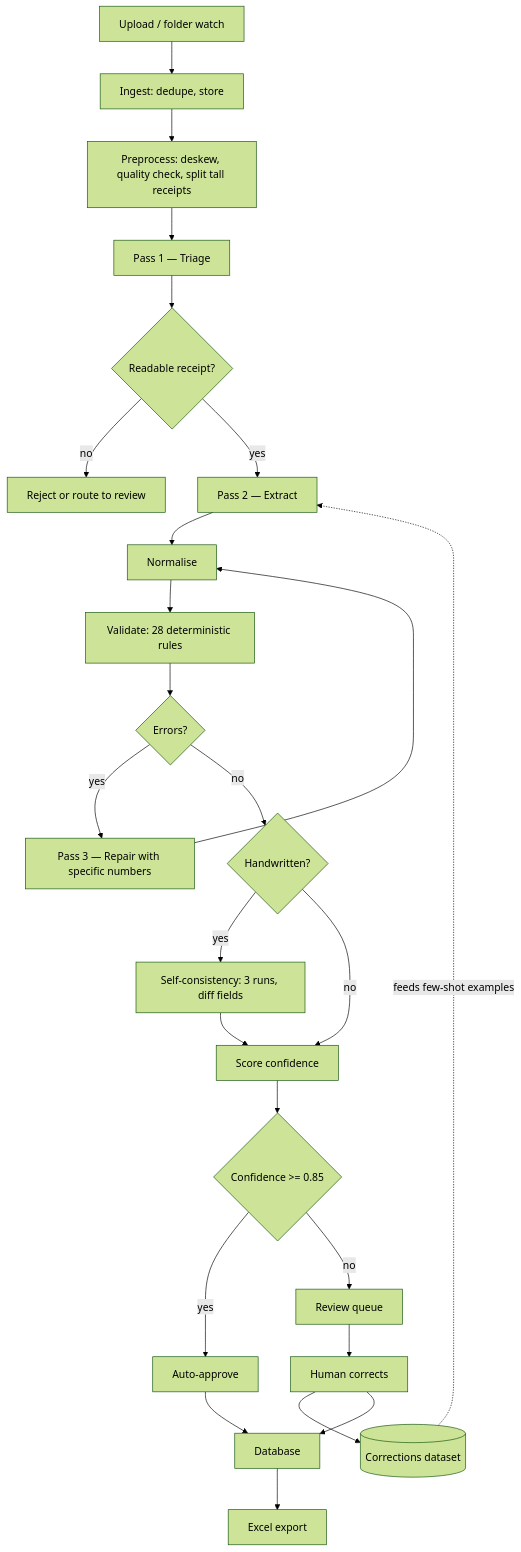
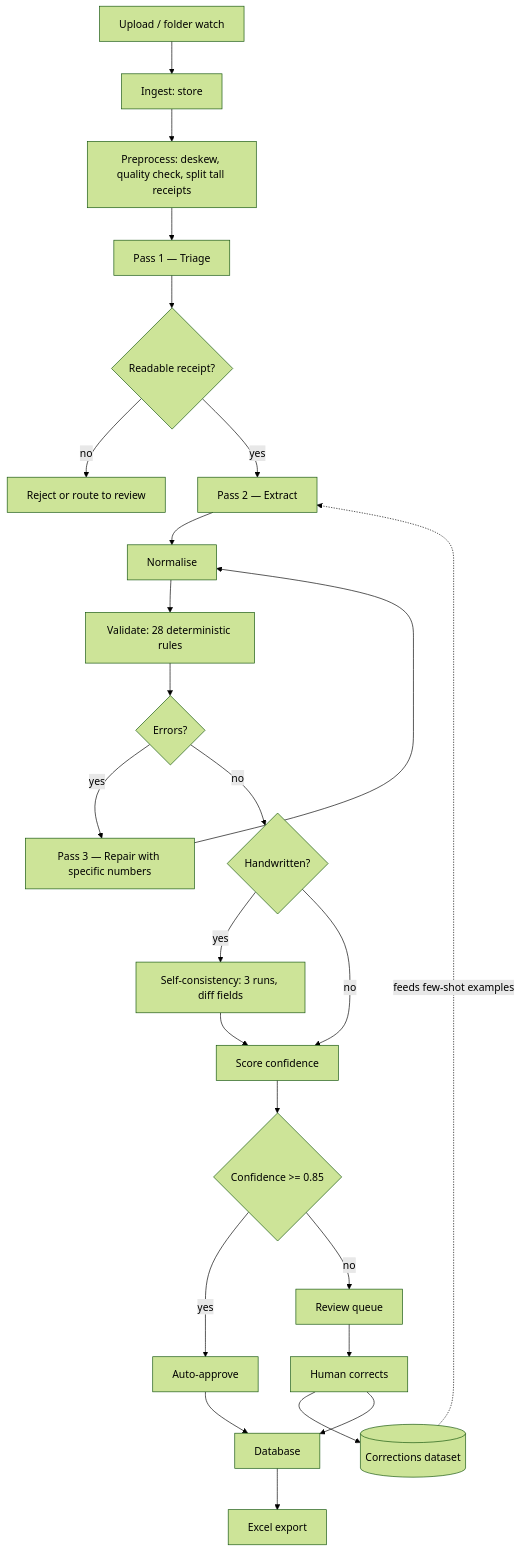
One commit to CDGYu/Receipt-Digitalization changed the diagram in README.md. Above: the diagram before and after it, drawn with Mermaid (forest theme). The commit also changed other lines of this file and 16 other files, not shown here.

````diff
--- a/README.md
+++ b/README.md
@@ -119,27 +119,27 @@
 ```mermaid
 flowchart TD
-    A[Upload / folder watch] --> B[Ingest: dedupe, store]
+    A[Upload / folder watch] --> B[Ingest: store]
     B --> C[Preprocess: deskew, quality check, split tall receipts]
     C --> D[Pass 1 — Triage]
     D --> D1{Readable receipt?}
     D1 -->|no| D2[Reject or route to review]
     D1 -->|yes| E[Pass 2 — Extract]
     E --> F[Normalise]
     F --> G[Validate: 28 deterministic rules]
     G --> G1{Errors?}
     G1 -->|yes| H[Pass 3 — Repair with specific numbers]
     H --> F
     G1 -->|no| I{Handwritten?}
     I -->|yes| J[Self-consistency: 3 runs, diff fields]
     I -->|no| K[Score confidence]
     J --> K
     K --> L{Confidence >= 0.85}
     L -->|yes| M[Auto-approve]
     L -->|no| N[Review queue]
     N --> O[Human corrects]
     O --> P[(Corrections dataset)]
     P -.feeds few-shot examples.-> E
     M --> Q[Database]
     O --> Q
     Q --> R[Excel export]
 ```
````
